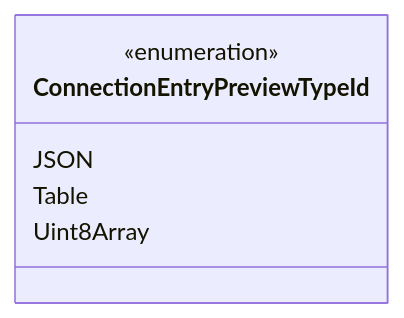
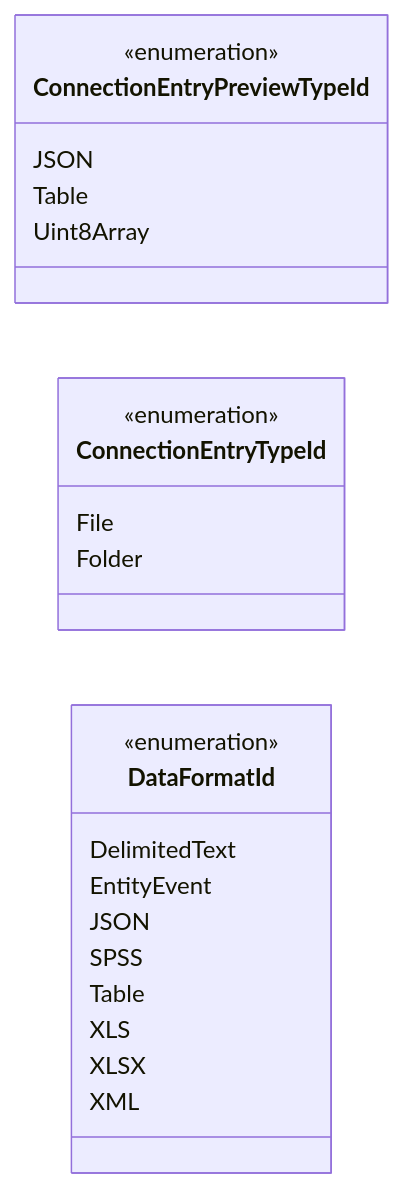
One commit to data-positioning/datapos-shared changed the fifth of 5 diagrams in README.md. Above: the diagram before and after it, drawn with Mermaid. The commit also changed other lines of this file and 1 other file, not shown here.

````diff
--- a/README.md
+++ b/README.md
@@ -222,9 +224,29 @@
 ```mermaid
 classDiagram
+    direction RL
+
     class ConnectionEntryPreviewTypeId {
         <<enumeration>>
         JSON
         Table
         Uint8Array
     }
+
+    class ConnectionEntryTypeId {
+        <<enumeration>>
+        File
+        Folder
+    }
+
+    class DataFormatId {
+        <<enumeration>>
+        DelimitedText
+        EntityEvent
+        JSON
+        SPSS
+        Table
+        XLS
+        XLSX
+        XML
+    }
 ```
````
